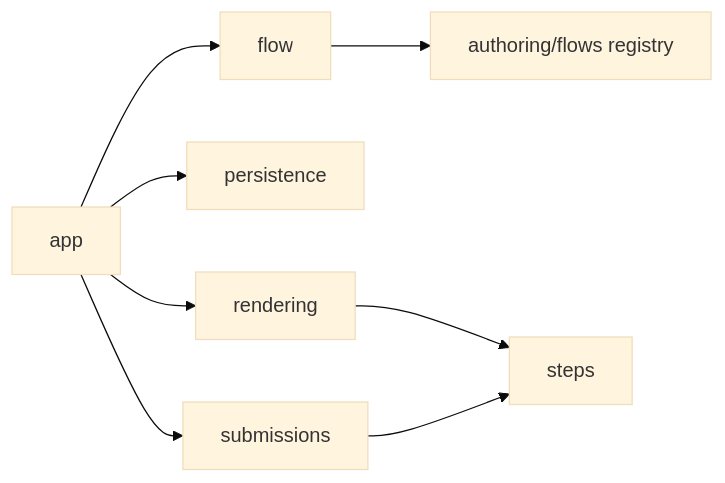
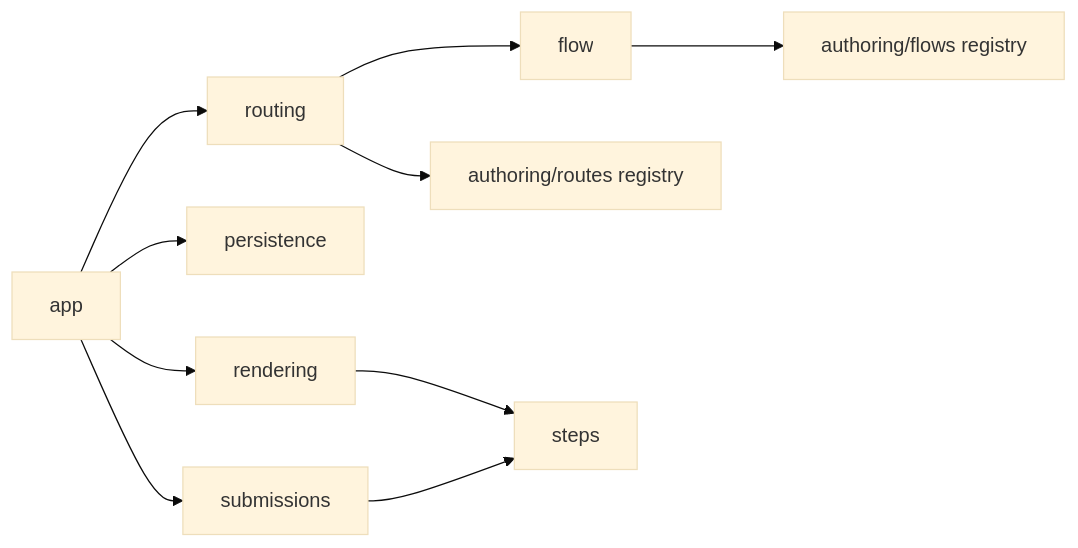
Before and after one commit to fassone/instant-forms: the diagram in src/platform/README.md, drawn with Mermaid (base theme). The commit also changed other lines of this file and 18 other files, not shown here.

````diff
--- a/src/platform/README.md
+++ b/src/platform/README.md
@@ -7,10 +7,12 @@
 ```mermaid
 flowchart LR
-  App["app"] --> Flow["flow"]
+  App["app"] --> Routing["routing"]
+  Routing --> Flow["flow"]
   App --> Persistence["persistence"]
   App --> Rendering["rendering"]
   App --> Submissions["submissions"]
+  Routing --> AuthoringRoutes["authoring/routes registry"]
   Flow --> Authoring["authoring/flows registry"]
   Rendering --> Steps["steps"]
   Submissions --> Steps
 ```
````
